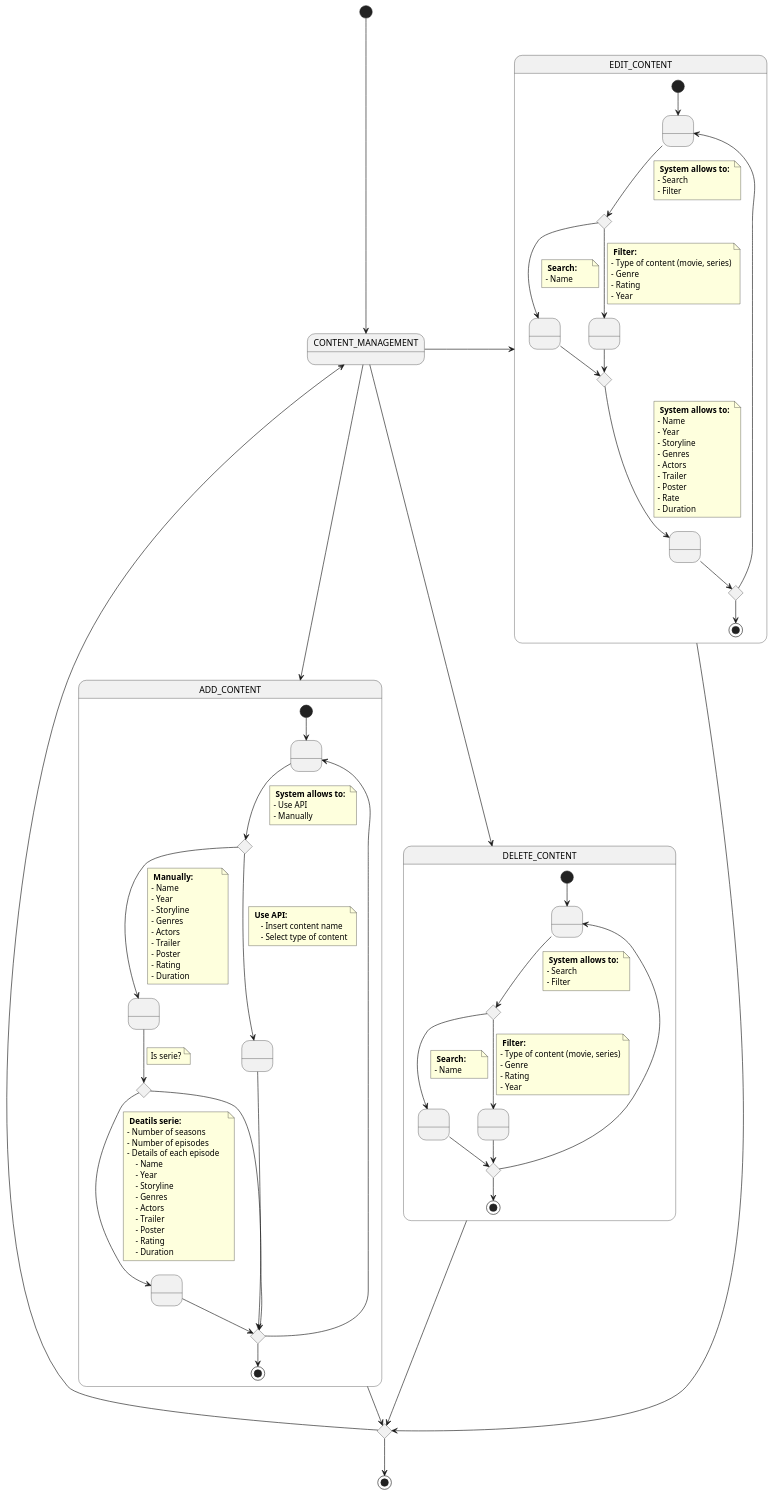
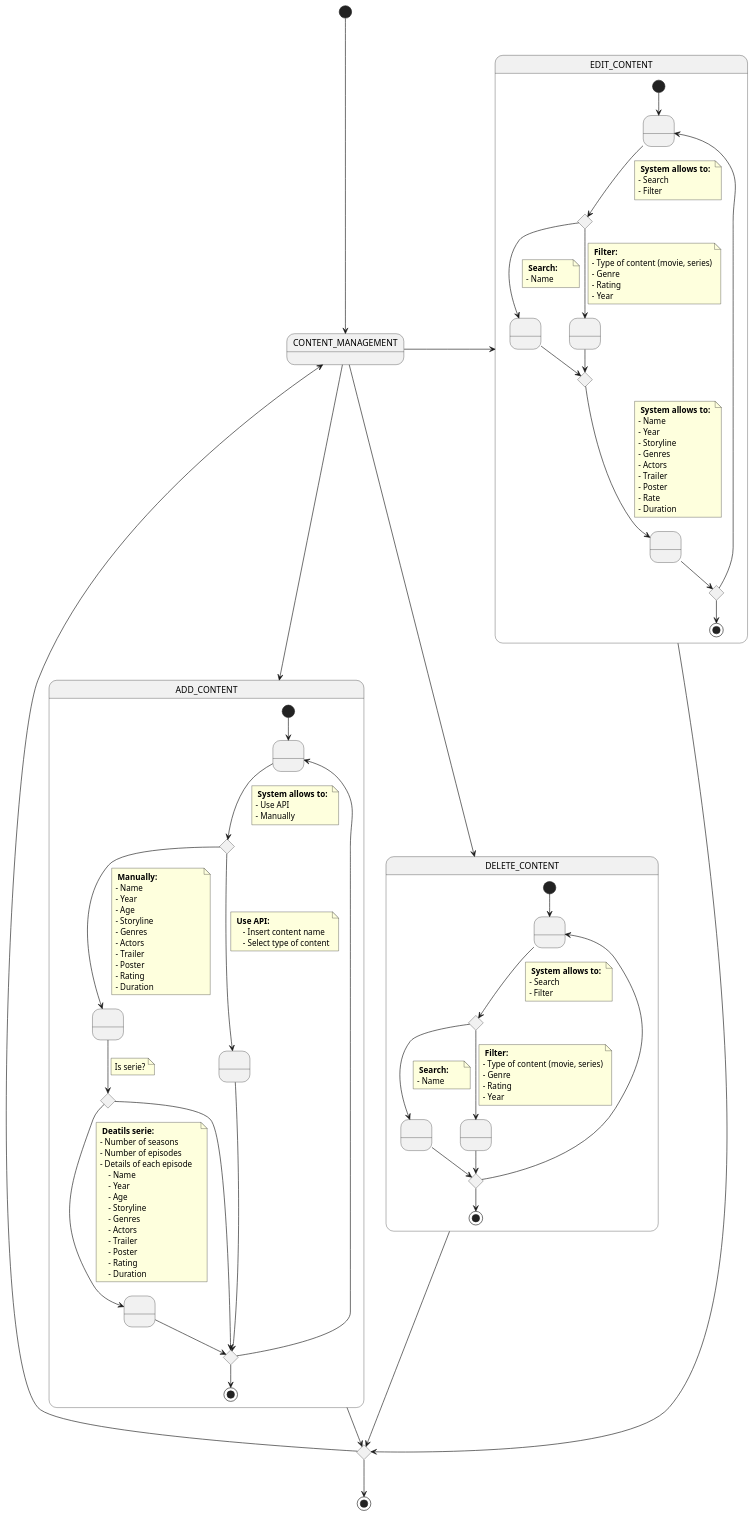
Before and after one commit to vfred0/requeriments-flixxic: the diagram in docs/1-requeriments/2-use-cases-specifications/admin/content-management.puml, drawn with PlantUML. The commit also changed 2 other files, not shown here.

Commit message:
Updated diagram

```diff
--- a/docs/1-requeriments/2-use-cases-specifications/admin/content-management.puml
+++ b/docs/1-requeriments/2-use-cases-specifications/admin/content-management.puml
@@ -1,172 +1,174 @@
 @startuml content-management
 state ADD_CONTENT {
     state ACS1 as " "
     state ACS2 as " "    
     state ACS3 as " "    
     state ACS4 as " "    
     state ACSC1 <<choice>>   
     state ACSC2 <<choice>>   
     state ACSC3 <<choice>>   
 
     [*] --> ACS1
     ACS1 --> ACSC1 
     note on link 
         <b> System allows to: </b>
         - Use API
         - Manually
     end note
     ACSC1 --> ACS2
     note on link 
-        <b> Manually: </b>
+        <b> Manually: </b>                    
         - Name    
         - Year 
+        - Age
         - Storyline
         - Genres
         - Actors
         - Trailer
         - Poster
         - Rating
         - Duration              
     end note
 
     ACSC1 --> ACS3 
     note on link
     <b> Use API: </b>
         - Insert content name
         - Select type of content
     end note       
     
     ACS2 --> ACSC2    
     note on link 
         Is serie?
     end note
 
     ACSC2  --> ACS4
     note on link 
         <b> Deatils serie: </b>
         - Number of seasons
         - Number of episodes        
         - Details of each episode
             - Name    
             - Year 
+            - Age 
             - Storyline
             - Genres
             - Actors
             - Trailer
             - Poster
             - Rating
             - Duration   
     end note
 
     
     ACSC2 --> ACSC3
     ACS3 --> ACSC3
     ACS4 --> ACSC3
     ACSC3 --> [*]
     ACSC3 --> ACS1    
 }
 
 state DELETE_CONTENT {
     state DCS1 as " "
     state DCS2 as " "    
     state DCS3 as " "    
     state DCSC1 <<choice>>   
     state DCSC2 <<choice>>   
 
     [*] --> DCS1
     DCS1 --> DCSC1 
     note on link 
         <b> System allows to: </b>
         - Search 
         - Filter
     end note
 
     DCSC1 --> DCS2
     note on link 
         <b> Search: </b>
         - Name        
     end note
 
     DCSC1 --> DCS3
     note on link 
         <b> Filter: </b>
         - Type of content (movie, series)
         - Genre
         - Rating
         - Year          
     end note
 
     DCS2 --> DCSC2
     DCS3 --> DCSC2
     DCSC2 --> [*]
     DCSC2 --> DCS1        
 }
 
 state EDIT_CONTENT {
     state ECS1 as " "
     state ECS2 as " "    
     state ECS3 as " "    
     state ECS4 as " "    
     state ECSC1 <<choice>>   
     state ECSC2 <<choice>>   
     state ECSC3 <<choice>>   
 
     [*] --> ECS1
     ECS1 --> ECSC1 
     note on link 
         <b> System allows to: </b>
         - Search 
         - Filter
     end note
 
     ECSC1 --> ECS2
     note on link 
         <b> Search: </b>
         - Name        
     end note
 
     ECSC1 --> ECS3
     note on link 
         <b> Filter: </b>
         - Type of content (movie, series)
         - Genre
         - Rating
         - Year          
     end note
 
     ECS2 --> ECSC2
     ECS3 --> ECSC2
     ECSC2 --> ECS4
     note on link 
         <b> System allows to: </b>
         - Name
         - Year 
         - Storyline
         - Genres
         - Actors
         - Trailer
         - Poster
         - Rate
         - Duration   
     end note
 
     ECS4 --> ECSC3
     ECSC3 --> [*]
     ECSC3 --> ECS1     
 }
 
 [*] --> CONTENT_MANAGEMENT
 
 CONTENT_MANAGEMENT --> ADD_CONTENT
 CONTENT_MANAGEMENT --> DELETE_CONTENT
 CONTENT_MANAGEMENT -right-> EDIT_CONTENT
 
 state union <<choice>>
 ADD_CONTENT --> union 
 DELETE_CONTENT --> union 
 EDIT_CONTENT --> union 
 
 union --> [*]
 union -left-> CONTENT_MANAGEMENT
 
 @enduml
```
